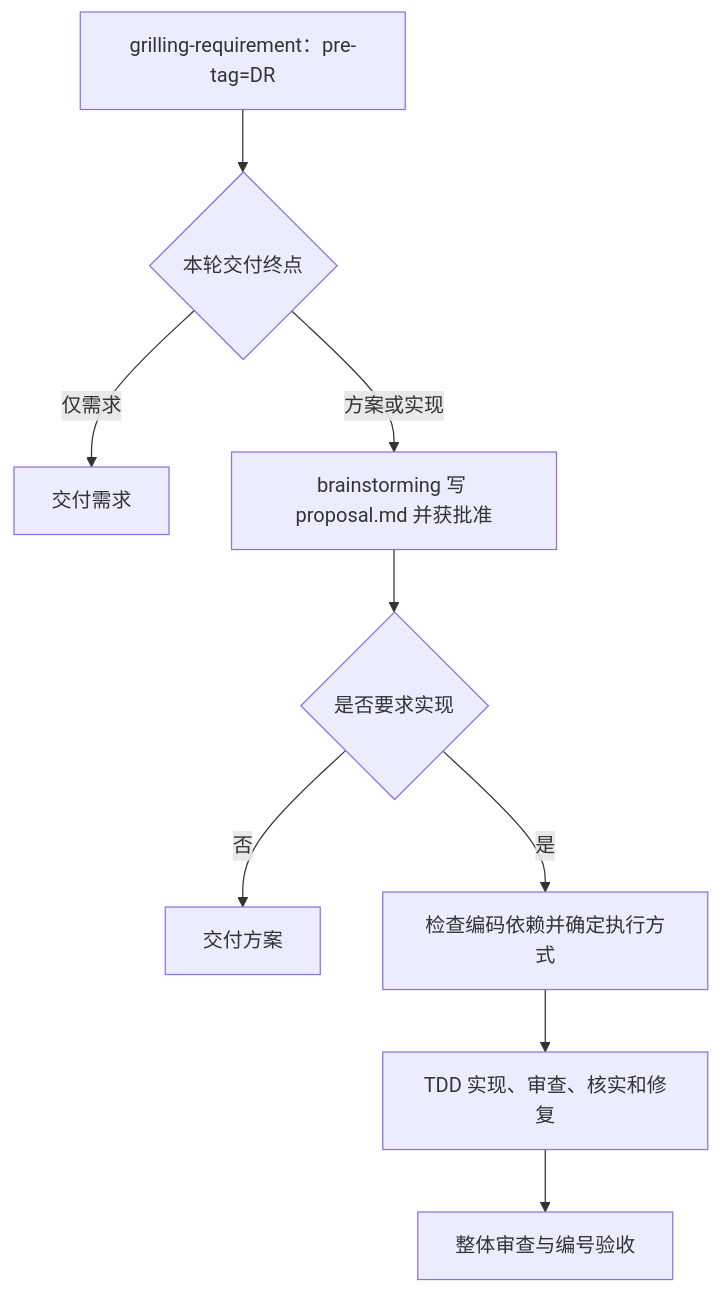
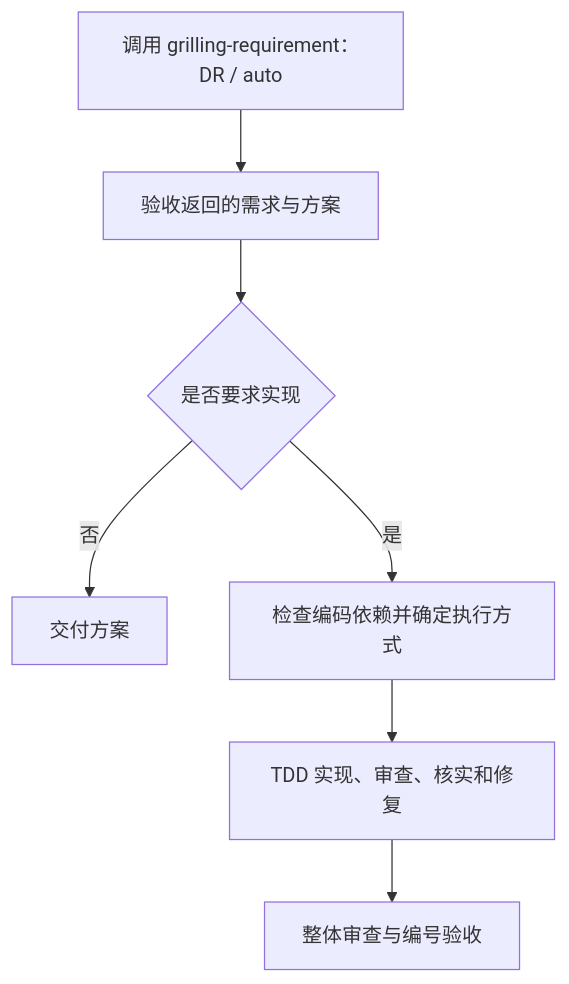
Before and after one commit to j-show/ai-everything: the diagram in skills/dev-requirement/README.md, drawn with Mermaid. The commit also changed other lines of this file and 18 other files, not shown here.

````diff
--- a/skills/dev-requirement/README.md
+++ b/skills/dev-requirement/README.md
@@ -17,11 +17,9 @@
 ```mermaid
 flowchart TD
-    A[grilling-requirement：pre-tag=DR] --> E{本轮交付终点}
-    E -->|仅需求| F[交付需求]
-    E -->|方案或实现| G[brainstorming 写 proposal.md 并获批准]
+    A[调用 grilling-requirement：DR / auto] --> G[验收返回的需求与方案]
     G --> H{是否要求实现}
     H -->|否| I[交付方案]
     H -->|是| J[检查编码依赖并确定执行方式]
     J --> K[TDD 实现、审查、核实和修复]
     K --> L[整体审查与编号验收]
 ```
````
